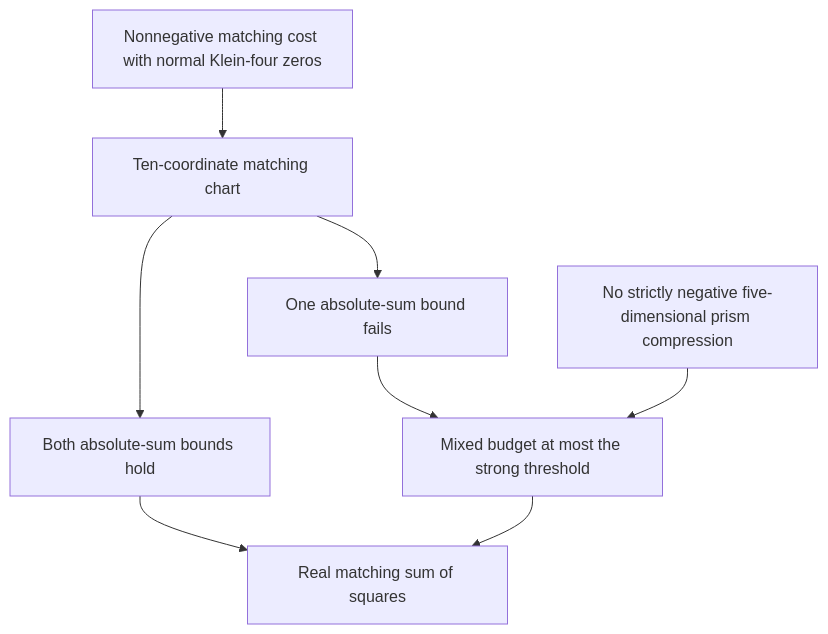
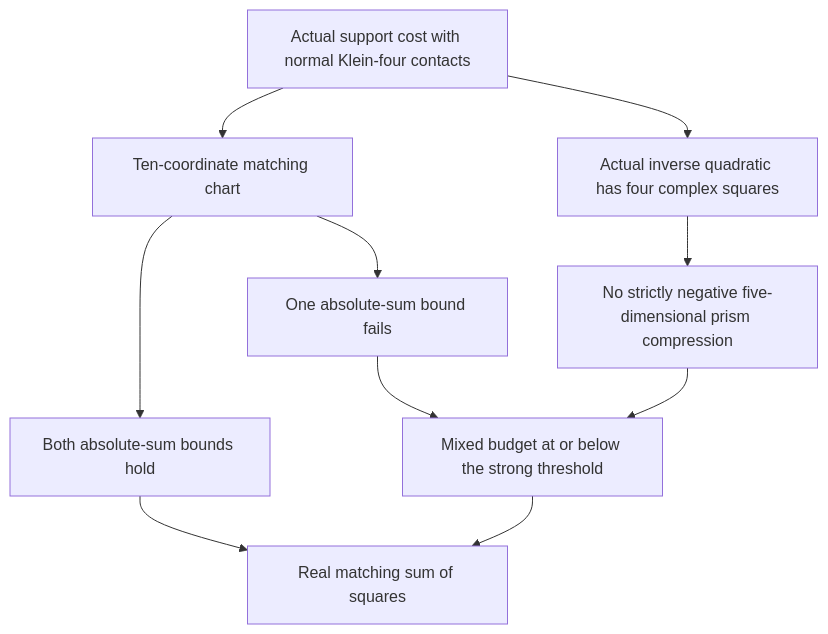
One commit to ascendnoosphere/MOC changed the diagram in Docs/Proofs/order-four-klein-squares-map.md. Above: the diagram before and after it, drawn with Mermaid. The commit also changed other lines of this file and 2 other files, not shown here.

Commit message:
Connect actual spectral costs to the Klein-four prism

````diff
--- a/Docs/Proofs/order-four-klein-squares-map.md
+++ b/Docs/Proofs/order-four-klein-squares-map.md
@@ -11,17 +14,20 @@
 ```mermaid
 flowchart TD
-    Contacts["Nonnegative matching cost with normal Klein-four zeros"]
+    Contacts["Actual support cost with normal Klein-four contacts"]
     Chart["Ten-coordinate matching chart"]
     Ordinary["Both absolute-sum bounds hold"]
     Mixed["One absolute-sum bound fails"]
+    Source["Actual inverse quadratic has four complex squares"]
     Prism["No strictly negative five-dimensional prism compression"]
-    Threshold["Mixed budget at most the strong threshold"]
+    Threshold["Mixed budget at or below the strong threshold"]
     Squares["Real matching sum of squares"]
     Contacts --> Chart
+    Contacts --> Source
     Chart --> Ordinary
     Chart --> Mixed
+    Source --> Prism
     Ordinary --> Squares
     Mixed --> Threshold
     Prism --> Threshold
     Threshold --> Squares
 ```
````
